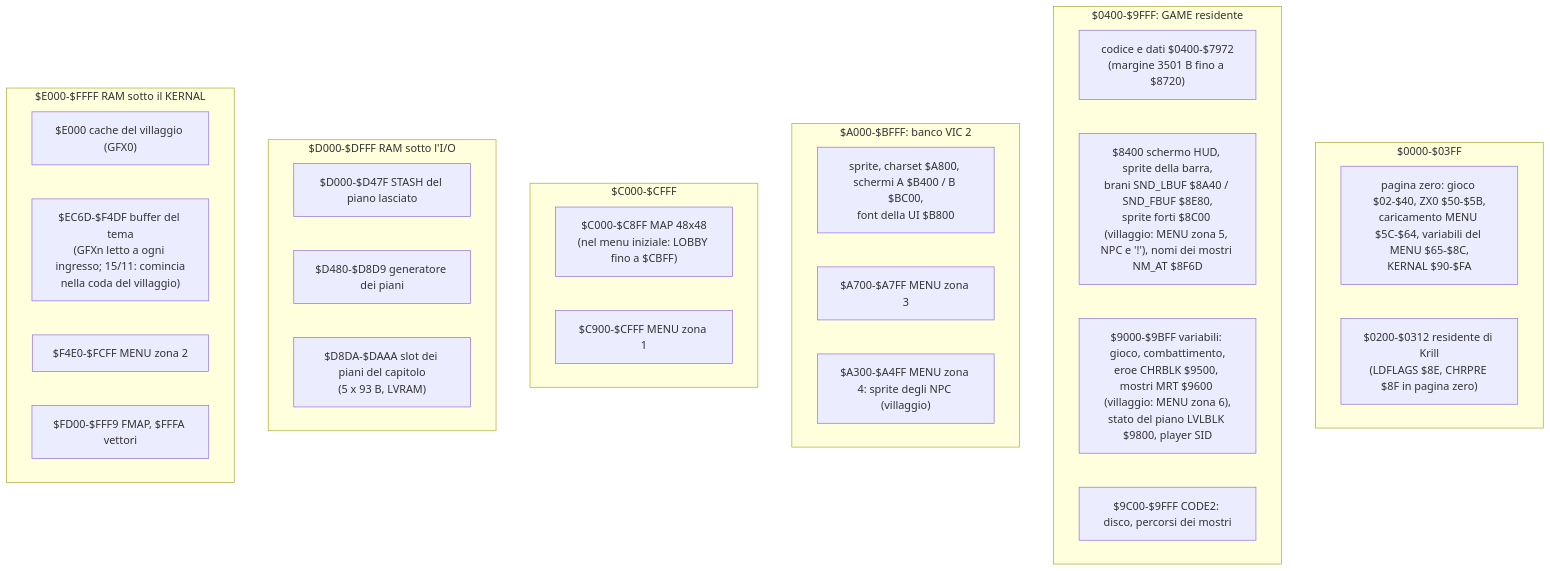
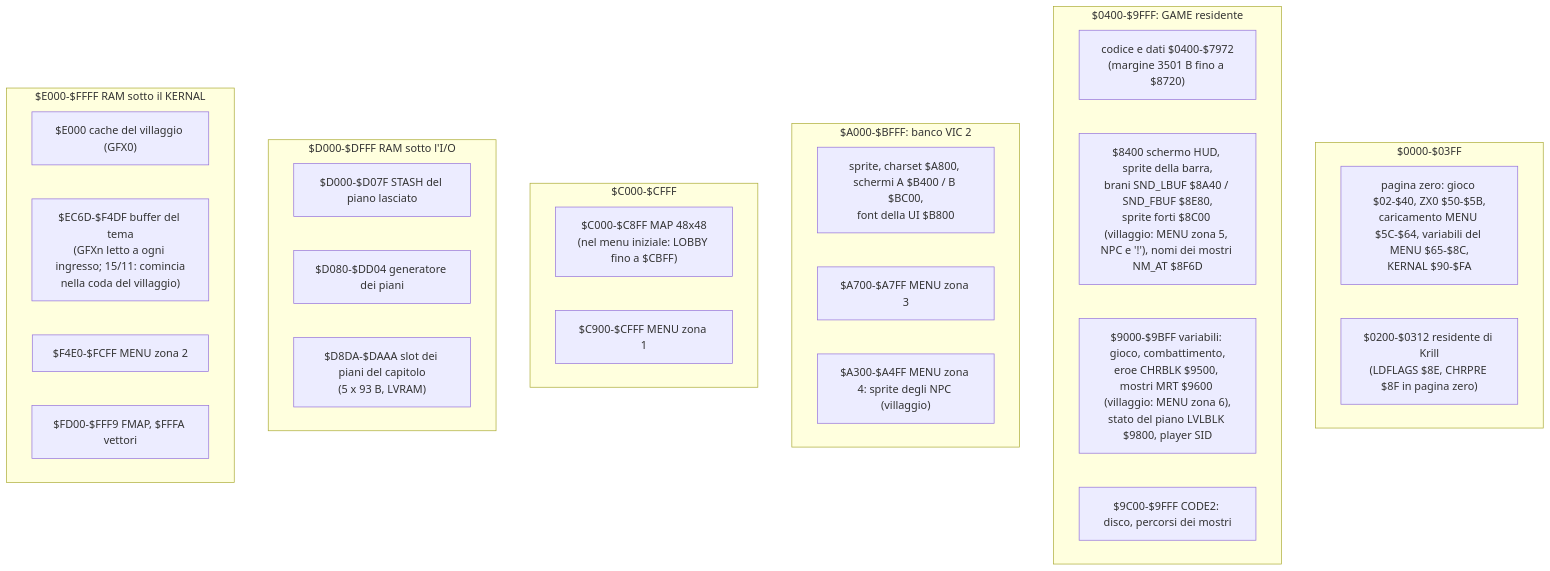
One commit to caporalesimone/barbarian-the-blood-path changed the third of 4 diagrams in docs/wiki/architettura.md. Above: the diagram before and after it, drawn with Mermaid. The commit also changed other lines of this file and 23 other files, not shown here.

````diff
--- a/docs/wiki/architettura.md
+++ b/docs/wiki/architettura.md
@@ -163,33 +163,33 @@
 ```mermaid
 flowchart TB
     subgraph R0["$0000-$03FF"]
         ZP["pagina zero: gioco $02-$40, ZX0 $50-$5B,<br/>caricamento MENU $5C-$64, variabili del MENU $65-$8C,<br/>KERNAL $90-$FA"]
         LDF["$0200-$0312 residente di Krill<br/>(LDFLAGS $8E, CHRPRE $8F in pagina zero)"]
     end
     subgraph R1["$0400-$9FFF: GAME residente"]
         CODE["codice e dati $0400-$7972<br/>(margine 3501 B fino a $8720)"]
         HUDS["$8400 schermo HUD, sprite della barra,<br/>brani SND_LBUF $8A40 / SND_FBUF $8E80,<br/>sprite forti $8C00 (villaggio: MENU zona 5, NPC e '!'), nomi dei mostri NM_AT $8F6D"]
         VARS["$9000-$9BFF variabili: gioco, combattimento,<br/>eroe CHRBLK $9500, mostri MRT $9600 (villaggio: MENU zona 6),<br/>stato del piano LVLBLK $9800, player SID"]
         C2["$9C00-$9FFF CODE2: disco, percorsi dei mostri"]
     end
     subgraph R2["$A000-$BFFF: banco VIC 2"]
         VIC["sprite, charset $A800, schermi A $B400 / B $BC00,<br/>font della UI $B800"]
         Z3["$A700-$A7FF MENU zona 3"]
         Z4["$A300-$A4FF MENU zona 4: sprite degli NPC (villaggio)"]
     end
     subgraph R3["$C000-$CFFF"]
         MAP["$C000-$C8FF MAP 48x48<br/>(nel menu iniziale: LOBBY fino a $CBFF)"]
         Z1["$C900-$CFFF MENU zona 1"]
     end
     subgraph R4["$D000-$DFFF RAM sotto l'I/O"]
-        STA["$D000-$D47F STASH del piano lasciato"]
-        GEN["$D480-$D8D9 generatore dei piani"]
+        STA["$D000-$D07F STASH del piano lasciato"]
+        GEN["$D080-$DD04 generatore dei piani"]
         SLT["$D8DA-$DAAA slot dei piani del capitolo<br/>(5 x 93 B, LVRAM)"]
     end
     subgraph R5["$E000-$FFFF RAM sotto il KERNAL"]
         CT["$E000 cache del villaggio (GFX0)"]
         CD["$EC6D-$F4DF buffer del tema<br/>(GFXn letto a ogni ingresso; 15/11: comincia<br/>nella coda del villaggio)"]
         Z2["$F4E0-$FCFF MENU zona 2"]
         FM["$FD00-$FFF9 FMAP, $FFFA vettori"]
     end
 ```
````
